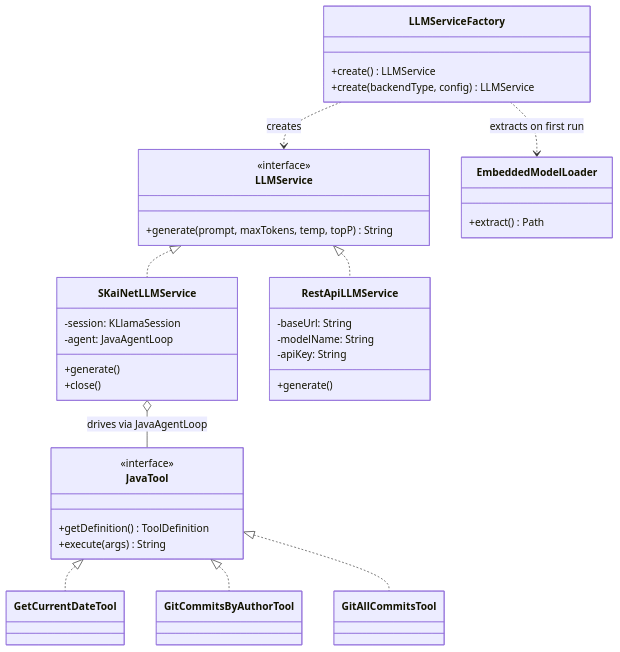
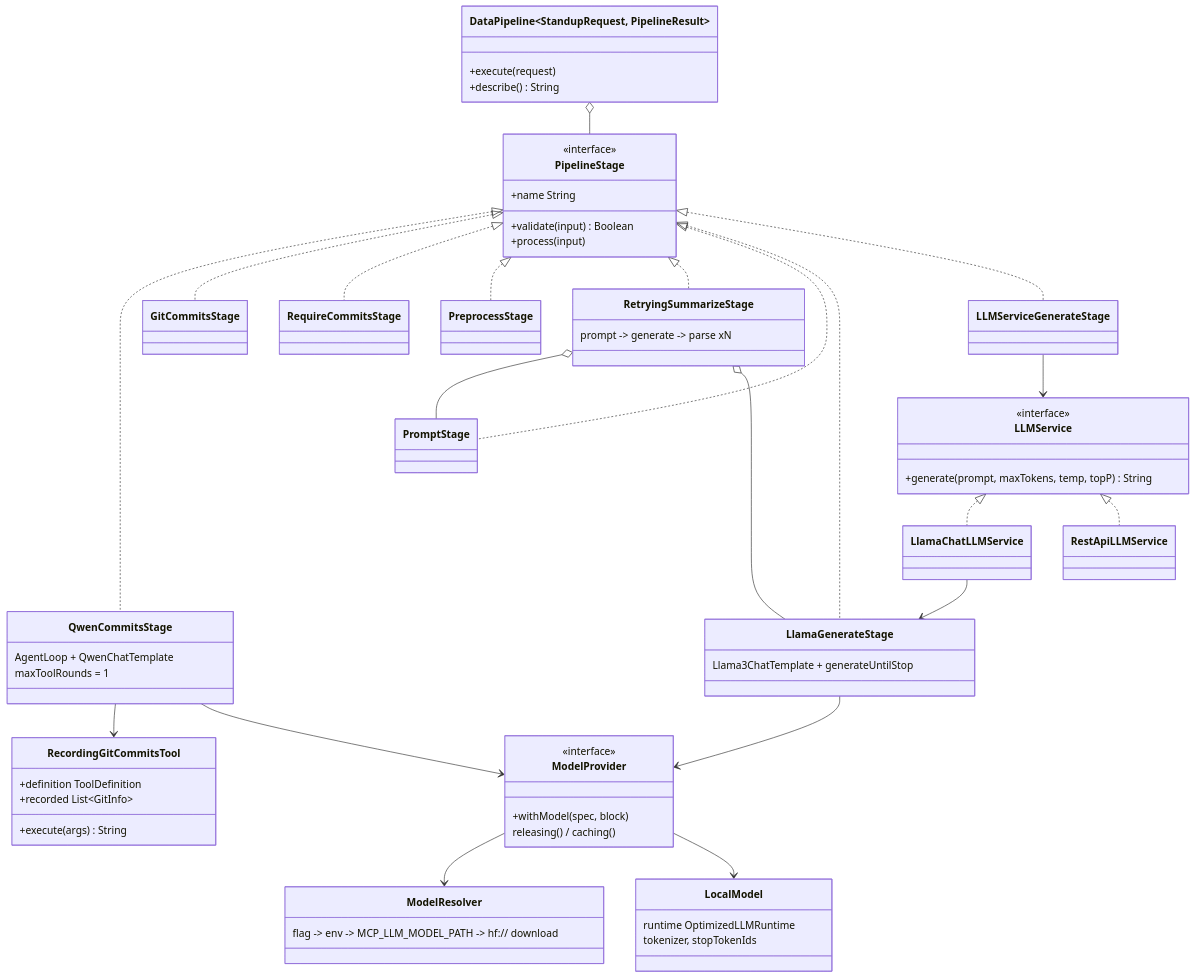
Before and after one commit to michalharakal/Daily-StandAPP: the second of 2 diagrams in docs/modules/architecture/pages/04-solution-strategy.adoc, drawn with Mermaid. The commit also changed other lines of this file and 38 other files, not shown here.

First line of the commit message:
docs: truth sweep for the two-model pipeline (arc42 ADR-012, prompt-engineering, verification log)

```diff
--- a/docs/modules/architecture/pages/04-solution-strategy.adoc
+++ b/docs/modules/architecture/pages/04-solution-strategy.adoc
@@ -134,50 +152,78 @@
 [mermaid]
 ----
 classDiagram
+    class DataPipeline~StandupRequest, PipelineResult~ {
+        +execute(request)
+        +describe() String
+    }
+
+    class PipelineStage {
+        <<interface>>
+        +name String
+        +validate(input) Boolean
+        +process(input)
+    }
+
+    class QwenCommitsStage {
+        AgentLoop + QwenChatTemplate
+        maxToolRounds = 1
+    }
+    class GitCommitsStage
+    class RequireCommitsStage
+    class PreprocessStage
+    class RetryingSummarizeStage {
+        prompt -> generate -> parse xN
+    }
+    class PromptStage
+    class LlamaGenerateStage {
+        Llama3ChatTemplate + generateUntilStop
+    }
+    class LLMServiceGenerateStage
+
+    class RecordingGitCommitsTool {
+        +definition ToolDefinition
+        +execute(args) String
+        +recorded List~GitInfo~
+    }
+
+    class ModelProvider {
+        <<interface>>
+        +withModel(spec, block)
+        releasing() / caching()
+    }
+    class ModelResolver {
+        flag -> env -> MCP_LLM_MODEL_PATH -> hf:// download
+    }
+    class LocalModel {
+        runtime OptimizedLLMRuntime
+        tokenizer, stopTokenIds
+    }
+
     class LLMService {
         <<interface>>
         +generate(prompt, maxTokens, temp, topP) String
     }
+    class LlamaChatLLMService
+    class RestApiLLMService
 
-    class SKaiNetLLMService {
-        -session: KLlamaSession
-        -agent: JavaAgentLoop
-        +generate()
-        +close()
-    }
-
-    class RestApiLLMService {
-        -baseUrl: String
-        -modelName: String
-        -apiKey: String
-        +generate()
-    }
-
-    class JavaTool {
-        <<interface>>
-        +getDefinition() ToolDefinition
-        +execute(args) String
-    }
-
-    class GetCurrentDateTool
-    class GitCommitsByAuthorTool
-    class GitAllCommitsTool
-
-    class EmbeddedModelLoader {
-        +extract() Path
-    }
-
-    class LLMServiceFactory {
-        +create() LLMService
-        +create(backendType, config) LLMService
-    }
-
-    LLMService <|.. SKaiNetLLMService
+    PipelineStage <|.. QwenCommitsStage
+    PipelineStage <|.. GitCommitsStage
+    PipelineStage <|.. RequireCommitsStage
+    PipelineStage <|.. PreprocessStage
+    PipelineStage <|.. RetryingSummarizeStage
+    PipelineStage <|.. PromptStage
+    PipelineStage <|.. LlamaGenerateStage
+    PipelineStage <|.. LLMServiceGenerateStage
+    DataPipeline o-- PipelineStage
+    RetryingSummarizeStage o-- PromptStage
+    RetryingSummarizeStage o-- LlamaGenerateStage
+    QwenCommitsStage --> RecordingGitCommitsTool
+    QwenCommitsStage --> ModelProvider
+    LlamaGenerateStage --> ModelProvider
+    ModelProvider --> ModelResolver
+    ModelProvider --> LocalModel
+    LLMService <|.. LlamaChatLLMService
     LLMService <|.. RestApiLLMService
-    JavaTool <|.. GetCurrentDateTool
-    JavaTool <|.. GitCommitsByAuthorTool
-    JavaTool <|.. GitAllCommitsTool
-    SKaiNetLLMService o-- JavaTool : drives via JavaAgentLoop
-    LLMServiceFactory ..> LLMService : creates
-    LLMServiceFactory ..> EmbeddedModelLoader : extracts on first run
+    LlamaChatLLMService --> LlamaGenerateStage
+    LLMServiceGenerateStage --> LLMService
 ----
```
